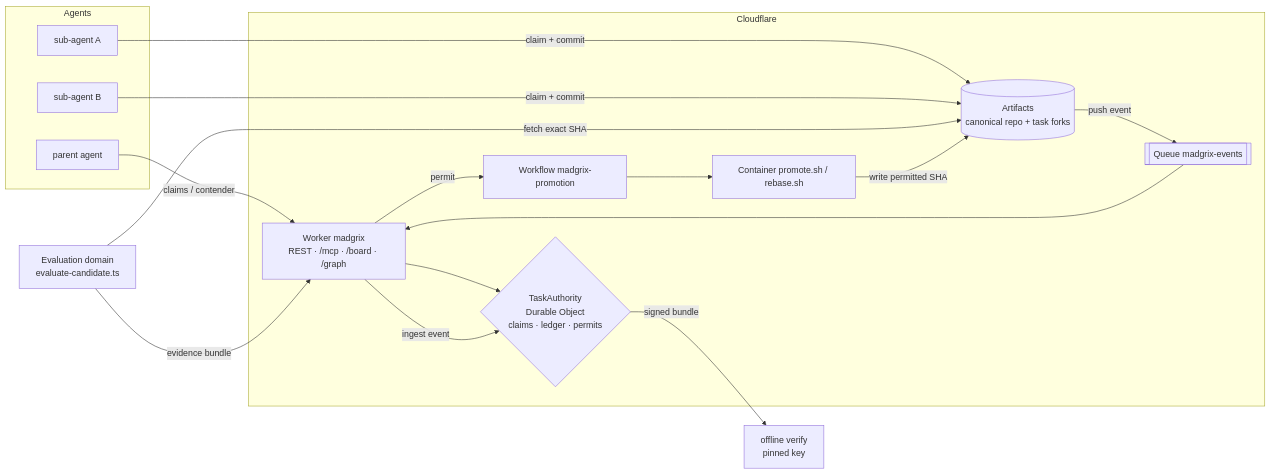
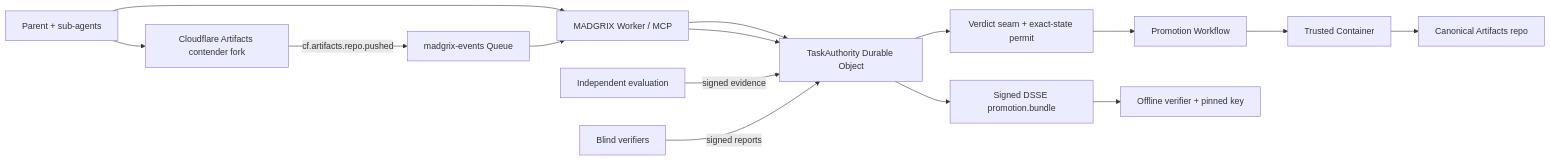
One commit to YashwanthGathuku/Git4agents changed the first of 2 diagrams in README.md. Above: the diagram before and after it, drawn with Mermaid. The commit also changed other lines of this file, not shown here.

Commit message:
docs: rebuild README as visual Git-for-agents architecture guide

````diff
--- a/README.md
+++ b/README.md
@@ -62,26 +131,17 @@
 ```mermaid
 flowchart LR
-    subgraph Agents
-      P[parent agent]
-      S1[sub-agent A]
-      S2[sub-agent B]
-    end
-    subgraph CF[Cloudflare]
-      W[Worker madgrix<br/>REST · /mcp · /board · /graph]
-      DO{TaskAuthority<br/>Durable Object<br/>claims · ledger · permits}
-      Q[[Queue madgrix-events]]
-      ART[(Artifacts<br/>canonical repo + task forks)]
-      WF[Workflow madgrix-promotion]
-      CT[Container promote.sh / rebase.sh]
-    end
-    EV[Evaluation domain<br/>evaluate-candidate.ts]
-    P -- claims / contender --> W --> DO
-    S1 -- claim + commit --> ART
-    S2 -- claim + commit --> ART
-    ART -- push event --> Q --> W
-    W -- ingest event --> DO
-    EV -- fetch exact SHA --> ART
-    EV -- evidence bundle --> W
-    W -- permit --> WF --> CT -- write permitted SHA --> ART
-    DO -- signed bundle --> V[offline verify<br/>pinned key]
+    A[Parent + sub-agents] --> W[MADGRIX Worker / MCP]
+    W --> T[TaskAuthority Durable Object]
+    A --> R[Cloudflare Artifacts contender fork]
+    R -->|cf.artifacts.repo.pushed| Q[madgrix-events Queue]
+    Q --> W
+    W --> T
+    E[Independent evaluation] -->|signed evidence| T
+    V[Blind verifiers] -->|signed reports| T
+    T --> P[Verdict seam + exact-state permit]
+    P --> F[Promotion Workflow]
+    F --> C[Trusted Container]
+    C --> K[Canonical Artifacts repo]
+    T --> B[Signed DSSE promotion.bundle]
+    B --> O[Offline verifier + pinned key]
 ```
````
